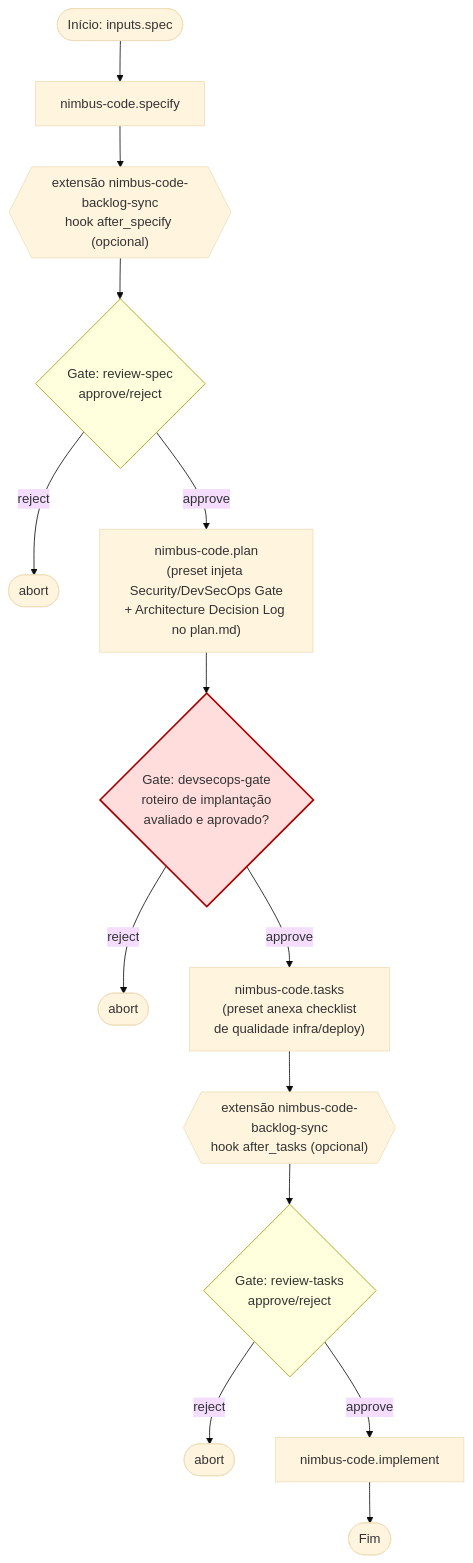
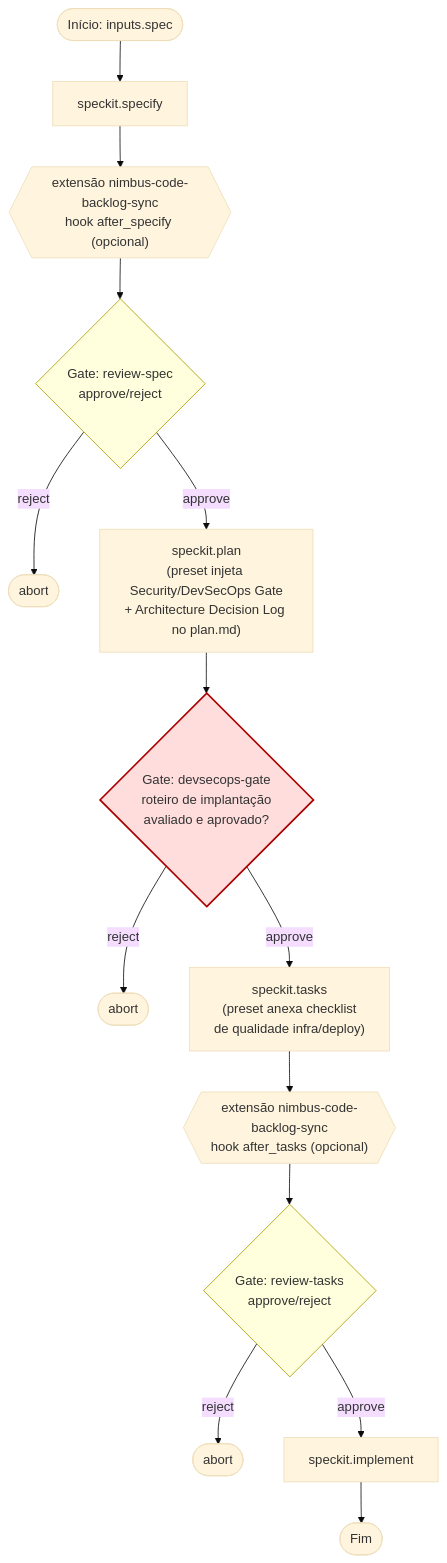
The third of 5 diagrams in docs/bundle-architecture.md (lrodriguesvpn/nimbus-code), drawn with Mermaid (base theme) before and after one commit. The commit also changed 10 other files, not shown here.

````diff
--- a/docs/bundle-architecture.md
+++ b/docs/bundle-architecture.md
@@ -80,20 +80,20 @@
 ```mermaid
 flowchart TD
-    START(["Início: inputs.spec"]) --> SPECIFY["nimbus-code.specify"]
+    START(["Início: inputs.spec"]) --> SPECIFY["speckit.specify"]
     SPECIFY --> HOOK1{{"extensão nimbus-code-backlog-sync\nhook after_specify (opcional)"}}
     HOOK1 --> GATE1{"Gate: review-spec\napprove/reject"}
     GATE1 -- reject --> ABORT1(["abort"])
-    GATE1 -- approve --> PLAN["nimbus-code.plan\n(preset injeta Security/DevSecOps Gate\n+ Architecture Decision Log no plan.md)"]
+    GATE1 -- approve --> PLAN["speckit.plan\n(preset injeta Security/DevSecOps Gate\n+ Architecture Decision Log no plan.md)"]
     PLAN --> GATE2{"Gate: devsecops-gate\nroteiro de implantação\navaliado e aprovado?"}
     GATE2 -- reject --> ABORT2(["abort"])
-    GATE2 -- approve --> TASKS["nimbus-code.tasks\n(preset anexa checklist\nde qualidade infra/deploy)"]
+    GATE2 -- approve --> TASKS["speckit.tasks\n(preset anexa checklist\nde qualidade infra/deploy)"]
     TASKS --> HOOK2{{"extensão nimbus-code-backlog-sync\nhook after_tasks (opcional)"}}
     HOOK2 --> GATE3{"Gate: review-tasks\napprove/reject"}
     GATE3 -- reject --> ABORT3(["abort"])
-    GATE3 -- approve --> IMPLEMENT["nimbus-code.implement"]
+    GATE3 -- approve --> IMPLEMENT["speckit.implement"]
     IMPLEMENT --> END(["Fim"])
 
     style GATE1 fill:#ffd,stroke:#a90
     style GATE2 fill:#fdd,stroke:#a00,stroke-width:2px
     style GATE3 fill:#ffd,stroke:#a90
 ```
````
